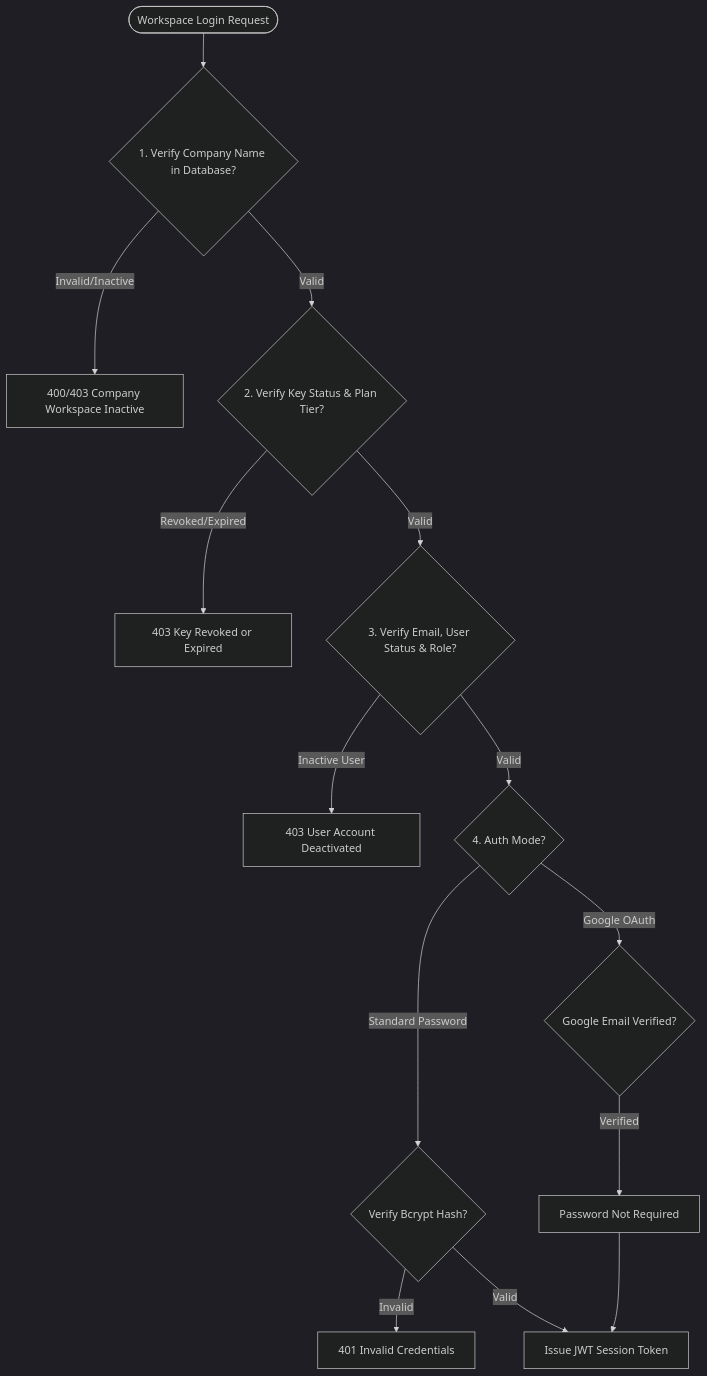
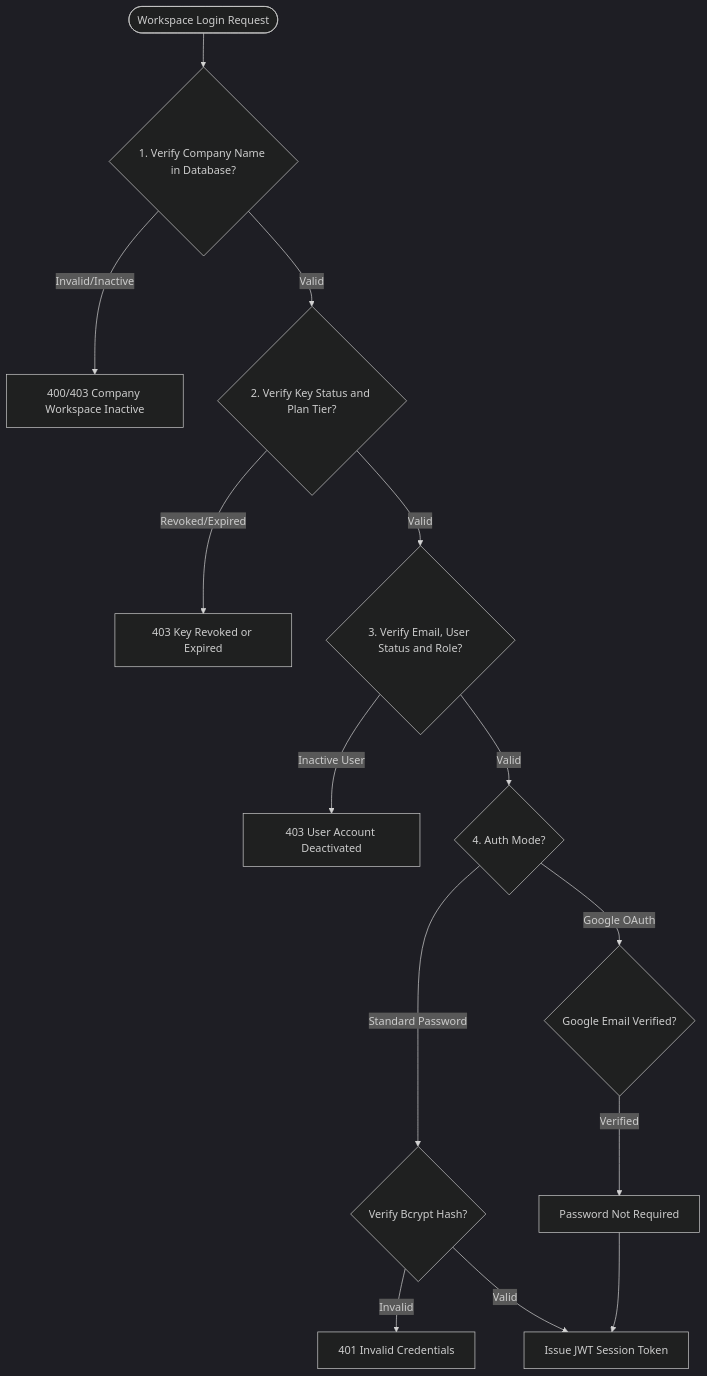
One commit to aditya-k-rai/DAS-CRM changed the second of 12 diagrams in README.md. Above: the diagram before and after it, drawn with Mermaid (dark theme). The commit also changed other lines of this file, not shown here.

First line of the commit message:
fix: repair broken Mermaid diagrams in README

````diff
--- a/README.md
+++ b/README.md
@@ -104,15 +110,15 @@
 ```mermaid
 graph TD
     Start([Workspace Login Request]) --> Step1{1. Verify Company Name in Database?}
     Step1 -- Invalid/Inactive --> Err1[400/403 Company Workspace Inactive]
-    Step1 -- Valid --> Step2{2. Verify Key Status & Plan Tier?}
+    Step1 -- Valid --> Step2{2. Verify Key Status and Plan Tier?}
     Step2 -- Revoked/Expired --> Err2[403 Key Revoked or Expired]
-    Step2 -- Valid --> Step3{3. Verify Email, User Status & Role?}
+    Step2 -- Valid --> Step3{3. Verify Email, User Status and Role?}
     Step3 -- Inactive User --> Err3[403 User Account Deactivated]
     Step3 -- Valid --> AuthMode{4. Auth Mode?}
     AuthMode -- Standard Password --> VerifyPass{Verify Bcrypt Hash?}
     VerifyPass -- Invalid --> Err4[401 Invalid Credentials]
     VerifyPass -- Valid --> IssueJWT[Issue JWT Session Token]
     AuthMode -- Google OAuth --> GoogleVerify{Google Email Verified?}
     GoogleVerify -- Verified --> BypassPass[Password Not Required] --> IssueJWT
 ```
````
